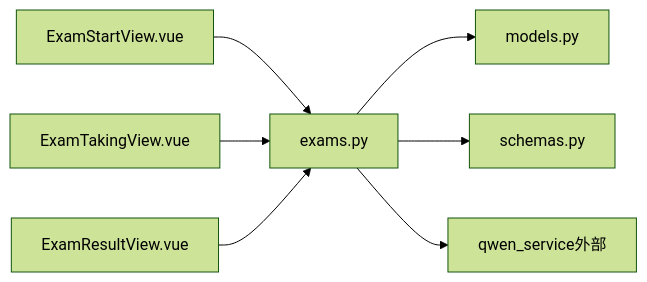
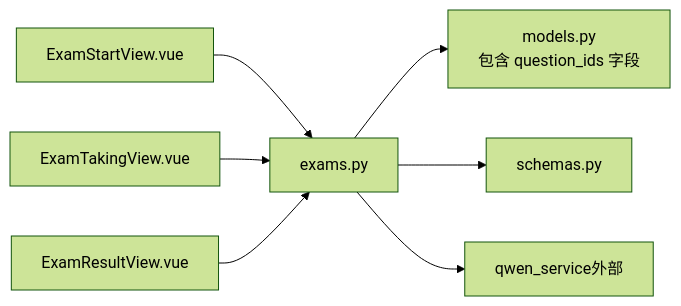
Before and after one commit to zhiwenli-jack/personal-learning-manager: the fourth of 4 diagrams in .qoder/repowiki/zh/content/数据库设计/核心实体设计/测验实体.md, drawn with Mermaid (forest theme). The commit also changed other lines of this file and 6 other files, not shown here.

````diff
--- a/.qoder/repowiki/zh/content/数据库设计/核心实体设计/测验实体.md
+++ b/.qoder/repowiki/zh/content/数据库设计/核心实体设计/测验实体.md
@@ -244,9 +265,9 @@
 ```mermaid
 graph LR
 FE_Start["ExamStartView.vue"] --> API["exams.py"]
 FE_Take["ExamTakingView.vue"] --> API
 FE_Result["ExamResultView.vue"] --> API
-API --> MODELS["models.py"]
+API --> MODELS["models.py<br/>包含 question_ids 字段"]
 API --> SCHEMAS["schemas.py"]
 API --> QWEN["qwen_service外部"]
 ```
````
